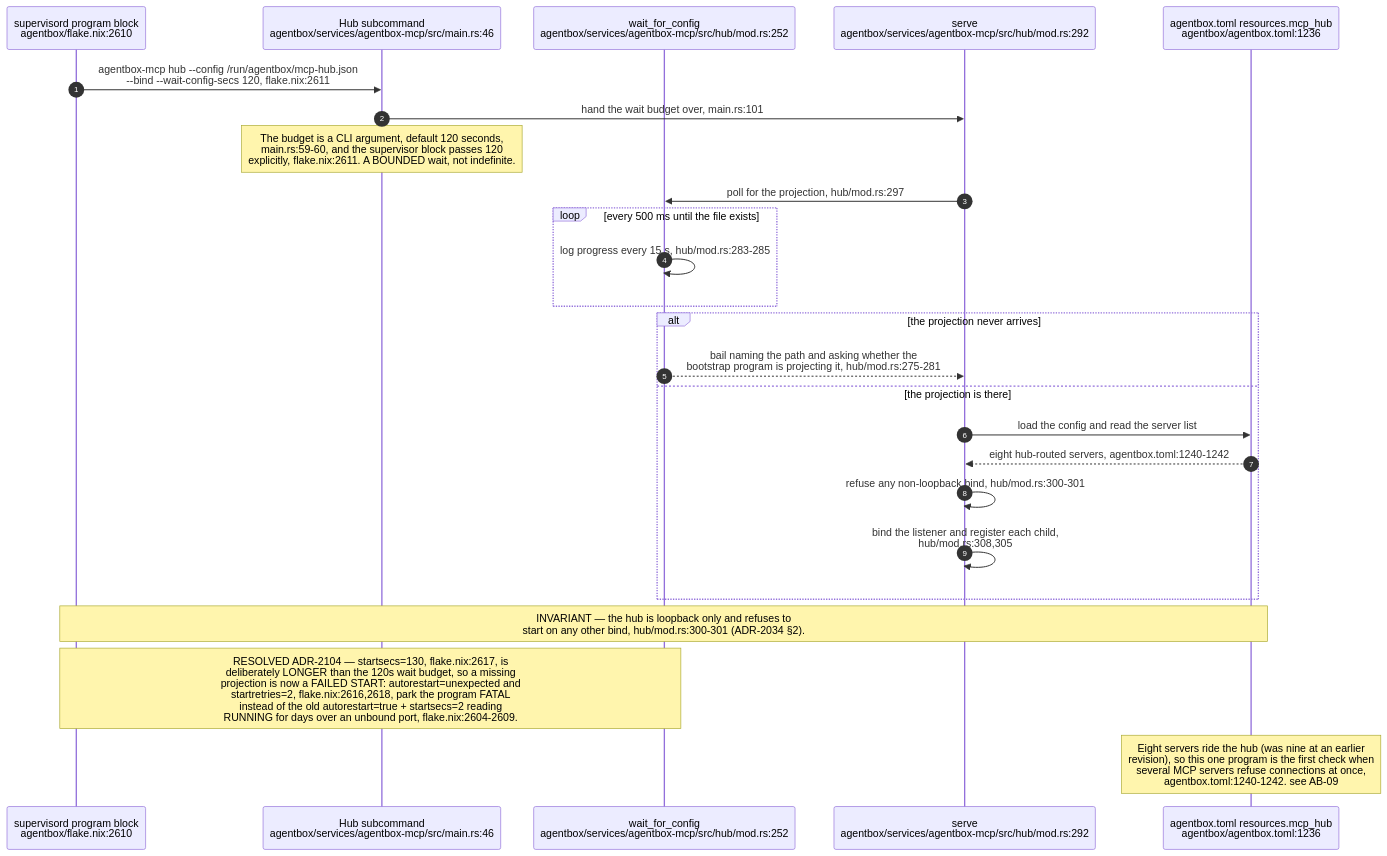
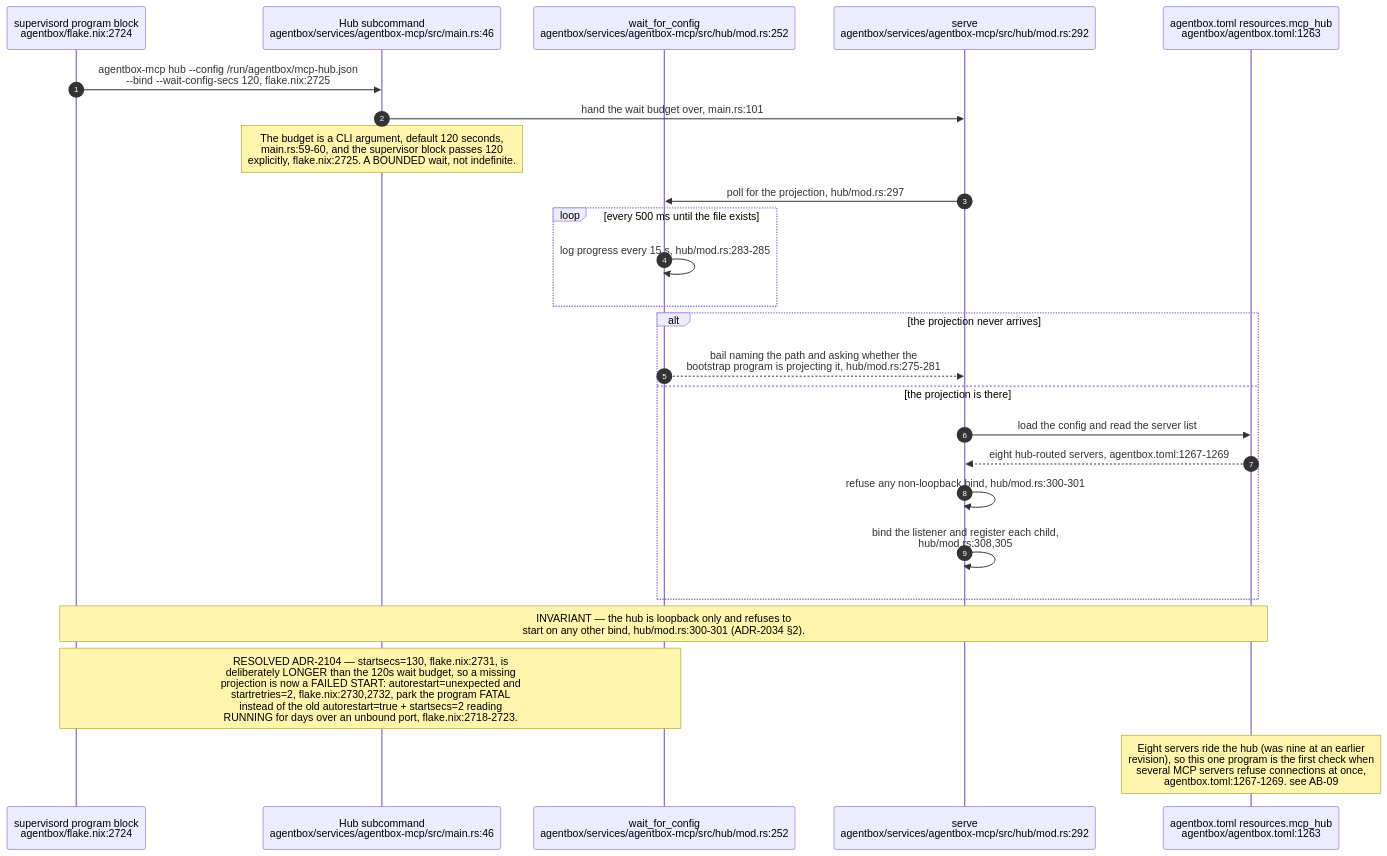
One commit to DreamLab-AI/VisionFlow changed the seventh of 8 diagrams in docs/diagrams/estate/01-estate-topology.md. Above: the diagram before and after it, drawn with Mermaid. The commit also changed other lines of this file and 94 other files, not shown here.

First line of the commit message:
docs(diagrams): re-verify 130 topics against 2 October HEADs

````diff
--- a/docs/diagrams/estate/01-estate-topology.md
+++ b/docs/diagrams/estate/01-estate-topology.md
@@ -272,28 +273,28 @@
 ```mermaid
 sequenceDiagram
     autonumber
-    participant SUP as supervisord program block<br/>agentbox/flake.nix:2610
+    participant SUP as supervisord program block<br/>agentbox/flake.nix:2724
     participant MAIN as Hub subcommand<br/>agentbox/services/agentbox-mcp/src/main.rs:46
     participant WAIT as wait_for_config<br/>agentbox/services/agentbox-mcp/src/hub/mod.rs:252
     participant SERVE as serve<br/>agentbox/services/agentbox-mcp/src/hub/mod.rs:292
-    participant MAN as agentbox.toml resources.mcp_hub<br/>agentbox/agentbox.toml:1236
+    participant MAN as agentbox.toml resources.mcp_hub<br/>agentbox/agentbox.toml:1263
 
-    SUP->>MAIN: agentbox-mcp hub --config /run/agentbox/mcp-hub.json<br/>--bind --wait-config-secs 120, flake.nix:2611
+    SUP->>MAIN: agentbox-mcp hub --config /run/agentbox/mcp-hub.json<br/>--bind --wait-config-secs 120, flake.nix:2725
     MAIN->>SERVE: hand the wait budget over, main.rs:101
-    Note over MAIN: The budget is a CLI argument, default 120 seconds,<br/>main.rs:59-60, and the supervisor block passes 120<br/>explicitly, flake.nix:2611. A BOUNDED wait, not indefinite.
+    Note over MAIN: The budget is a CLI argument, default 120 seconds,<br/>main.rs:59-60, and the supervisor block passes 120<br/>explicitly, flake.nix:2725. A BOUNDED wait, not indefinite.
     SERVE->>WAIT: poll for the projection, hub/mod.rs:297
     loop every 500 ms until the file exists
         WAIT->>WAIT: log progress every 15 s, hub/mod.rs:283-285
     end
     alt the projection never arrives
         WAIT-->>SERVE: bail naming the path and asking whether the<br/>bootstrap program is projecting it, hub/mod.rs:275-281
     else the projection is there
         SERVE->>MAN: load the config and read the server list
-        MAN-->>SERVE: eight hub-routed servers, agentbox.toml:1240-1242
+        MAN-->>SERVE: eight hub-routed servers, agentbox.toml:1267-1269
         SERVE->>SERVE: refuse any non-loopback bind, hub/mod.rs:300-301
         SERVE->>SERVE: bind the listener and register each child,<br/>hub/mod.rs:308,305
     end
     Note over SUP,MAN: INVARIANT — the hub is loopback only and refuses to<br/>start on any other bind, hub/mod.rs:300-301 (ADR-2034 §2).
-    Note over SUP,WAIT: RESOLVED ADR-2104 — startsecs=130, flake.nix:2617, is<br/>deliberately LONGER than the 120s wait budget, so a missing<br/>projection is now a FAILED START: autorestart=unexpected and<br/>startretries=2, flake.nix:2616,2618, park the program FATAL<br/>instead of the old autorestart=true + startsecs=2 reading<br/>RUNNING for days over an unbound port, flake.nix:2604-2609.
-    Note over MAN: Eight servers ride the hub (was nine at an earlier<br/>revision), so this one program is the first check when<br/>several MCP servers refuse connections at once,<br/>agentbox.toml:1240-1242. see AB-09
+    Note over SUP,WAIT: RESOLVED ADR-2104 — startsecs=130, flake.nix:2731, is<br/>deliberately LONGER than the 120s wait budget, so a missing<br/>projection is now a FAILED START: autorestart=unexpected and<br/>startretries=2, flake.nix:2730,2732, park the program FATAL<br/>instead of the old autorestart=true + startsecs=2 reading<br/>RUNNING for days over an unbound port, flake.nix:2718-2723.
+    Note over MAN: Eight servers ride the hub (was nine at an earlier<br/>revision), so this one program is the first check when<br/>several MCP servers refuse connections at once,<br/>agentbox.toml:1267-1269. see AB-09
 ```
````
